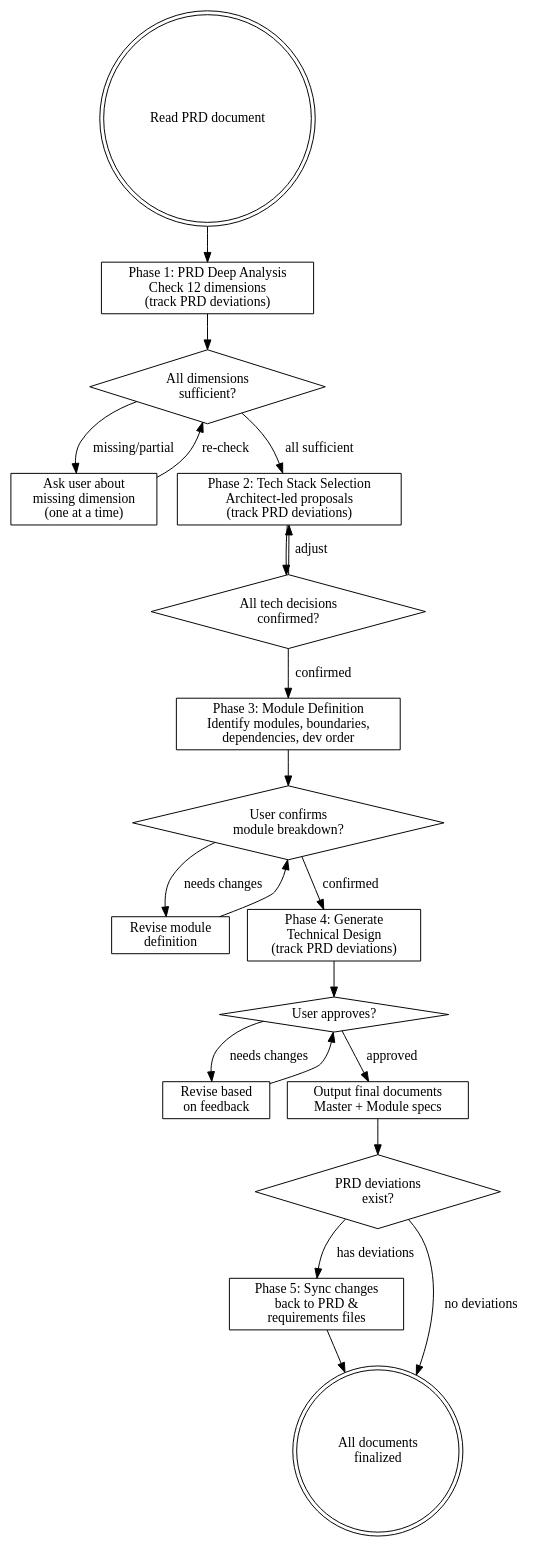
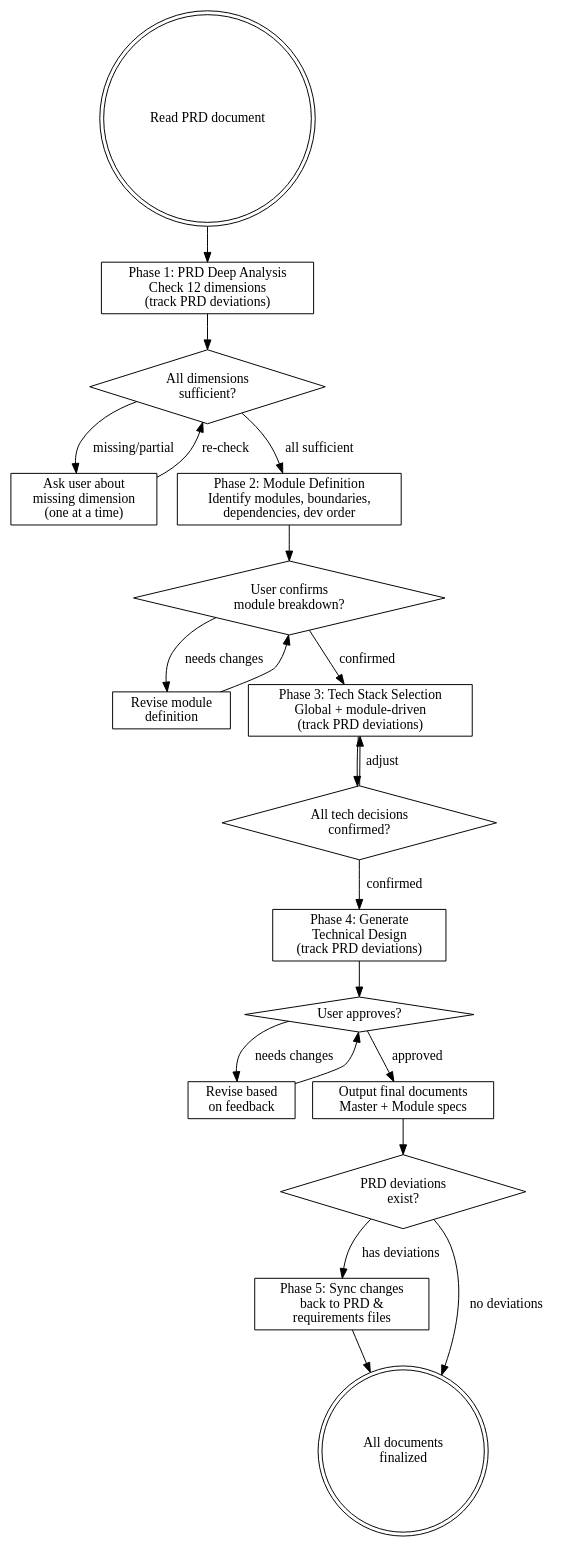
One commit to ithkeen/ithkeen-skills changed the diagram in technical-design-writer/SKILL.md. Above: the diagram before and after it, drawn with Graphviz. The commit also changed other lines of this file, not shown here.

````diff
--- a/technical-design-writer/SKILL.md
+++ b/technical-design-writer/SKILL.md
@@ -41,44 +41,44 @@
 ```dot
 digraph technical_design {
     rankdir=TB;
     node [shape=box];
 
     start [label="Read PRD document" shape=doublecircle];
     phase1 [label="Phase 1: PRD Deep Analysis\nCheck 12 dimensions\n(track PRD deviations)"];
     gap_check [label="All dimensions\nsufficient?" shape=diamond];
     ask_user [label="Ask user about\nmissing dimension\n(one at a time)"];
-    phase2 [label="Phase 2: Tech Stack Selection\nArchitect-led proposals\n(track PRD deviations)"];
-    tech_confirm [label="All tech decisions\nconfirmed?" shape=diamond];
-    module_def [label="Phase 3: Module Definition\nIdentify modules, boundaries,\ndependencies, dev order"];
+    module_def [label="Phase 2: Module Definition\nIdentify modules, boundaries,\ndependencies, dev order"];
     module_confirm [label="User confirms\nmodule breakdown?" shape=diamond];
     module_revise [label="Revise module\ndefinition"];
+    tech_stack [label="Phase 3: Tech Stack Selection\nGlobal + module-driven\n(track PRD deviations)"];
+    tech_confirm [label="All tech decisions\nconfirmed?" shape=diamond];
     phase4 [label="Phase 4: Generate\nTechnical Design\n(track PRD deviations)"];
     review [label="User approves?" shape=diamond];
     revise [label="Revise based\non feedback"];
     output [label="Output final documents\nMaster + Module specs"];
     has_changes [label="PRD deviations\nexist?" shape=diamond];
     sync_upstream [label="Phase 5: Sync changes\nback to PRD &\nrequirements files"];
     done [label="All documents\nfinalized" shape=doublecircle];
 
     start -> phase1;
     phase1 -> gap_check;
     gap_check -> ask_user [label="missing/partial"];
-    gap_check -> phase2 [label="all sufficient"];
+    gap_check -> module_def [label="all sufficient"];
     ask_user -> gap_check [label="re-check"];
-    phase2 -> tech_confirm;
-    tech_confirm -> phase2 [label="adjust"];
-    tech_confirm -> module_def [label="confirmed"];
     module_def -> module_confirm;
     module_confirm -> module_revise [label="needs changes"];
-    module_confirm -> phase4 [label="confirmed"];
+    module_confirm -> tech_stack [label="confirmed"];
     module_revise -> module_confirm;
+    tech_stack -> tech_confirm;
+    tech_confirm -> tech_stack [label="adjust"];
+    tech_confirm -> phase4 [label="confirmed"];
     phase4 -> review;
     review -> revise [label="needs changes"];
     review -> output [label="approved"];
     revise -> review;
     output -> has_changes;
     has_changes -> done [label="no deviations"];
     has_changes -> sync_upstream [label="has deviations"];
     sync_upstream -> done;
 }
 ```
````
